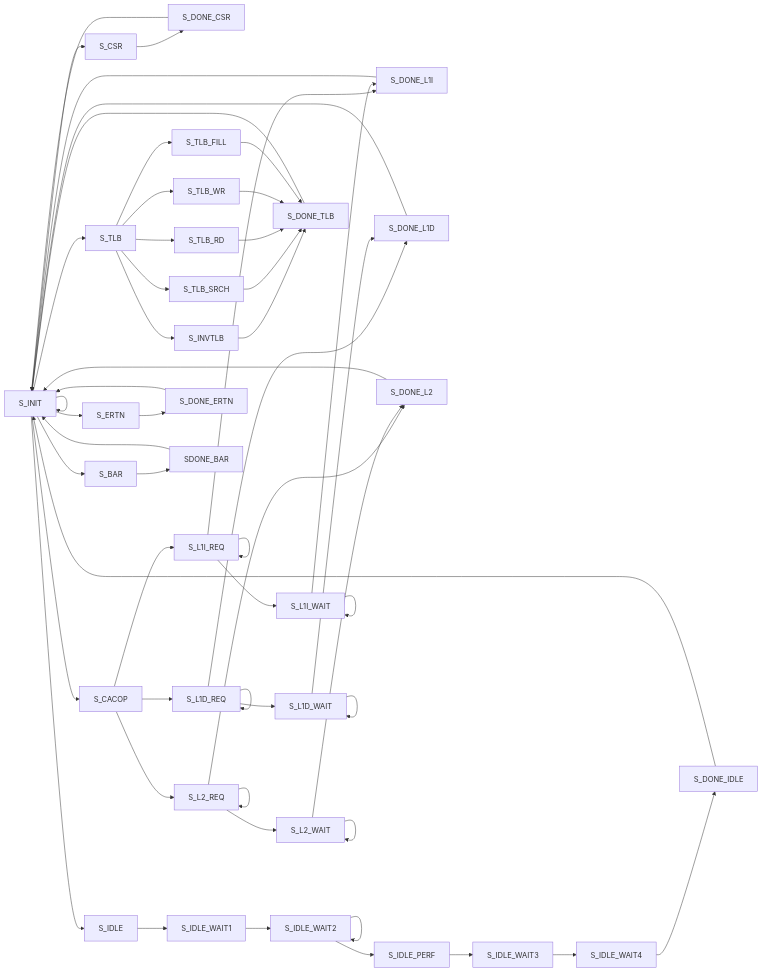
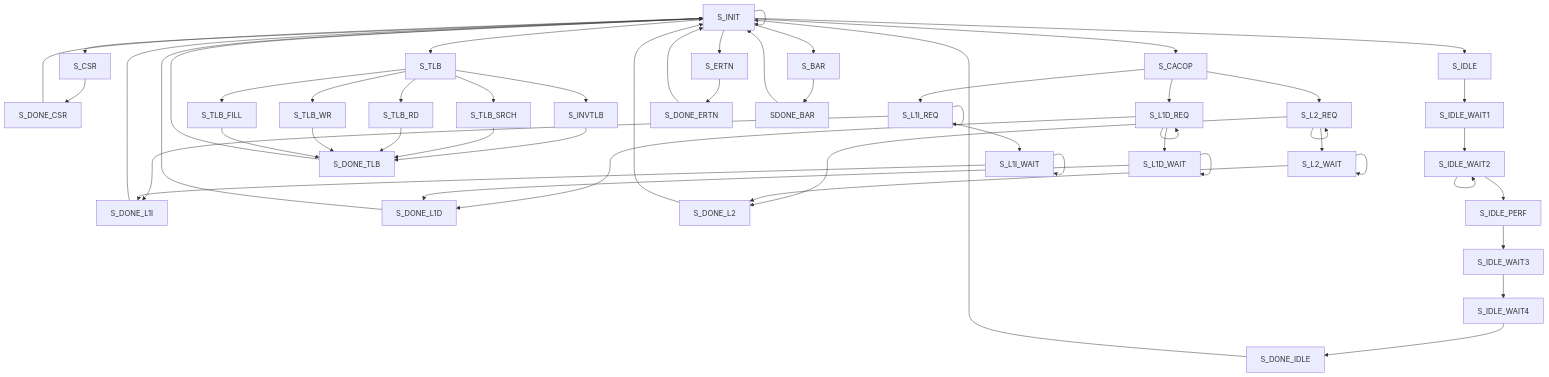
Before and after one commit to npz7yyk/clap: the fifth of 8 diagrams in report/report.md, drawn with Mermaid. The commit also changed 12 other files, not shown here.

````diff
--- a/report/report.md
+++ b/report/report.md
@@ -288,18 +288,18 @@
 ```mermaid
-graph LR
+graph TB
 S_INIT-->S_INIT-->S_CSR-->S_DONE_CSR-->S_INIT
 S_INIT-->S_CACOP-->S_L1I_REQ-->S_L1I_REQ-->S_DONE_L1I-->S_INIT
 S_L1I_REQ-->S_L1I_WAIT-->S_L1I_WAIT-->S_DONE_L1I
 S_CACOP-->S_L1D_REQ-->S_L1D_REQ-->S_DONE_L1D-->S_INIT
 S_L1D_REQ-->S_L1D_WAIT-->S_L1D_WAIT-->S_DONE_L1D
 S_CACOP-->S_L2_REQ-->S_L2_REQ-->S_DONE_L2-->S_INIT
 S_L2_REQ-->S_L2_WAIT-->S_L2_WAIT-->S_DONE_L2
 S_INIT-->S_TLB-->S_INVTLB-->S_DONE_TLB-->S_INIT
 S_TLB-->S_TLB_SRCH-->S_DONE_TLB
 S_TLB-->S_TLB_RD-->S_DONE_TLB
 S_TLB-->S_TLB_WR-->S_DONE_TLB
 S_TLB-->S_TLB_FILL-->S_DONE_TLB
 S_INIT-->S_IDLE-->S_IDLE_WAIT1-->S_IDLE_WAIT2-->S_IDLE_WAIT2-->S_IDLE_PERF-->S_IDLE_WAIT3-->S_IDLE_WAIT4-->S_DONE_IDLE-->S_INIT
 S_INIT-->S_ERTN-->S_DONE_ERTN-->S_INIT
 S_INIT-->S_BAR-->SDONE_BAR-->S_INIT
 ```
````
